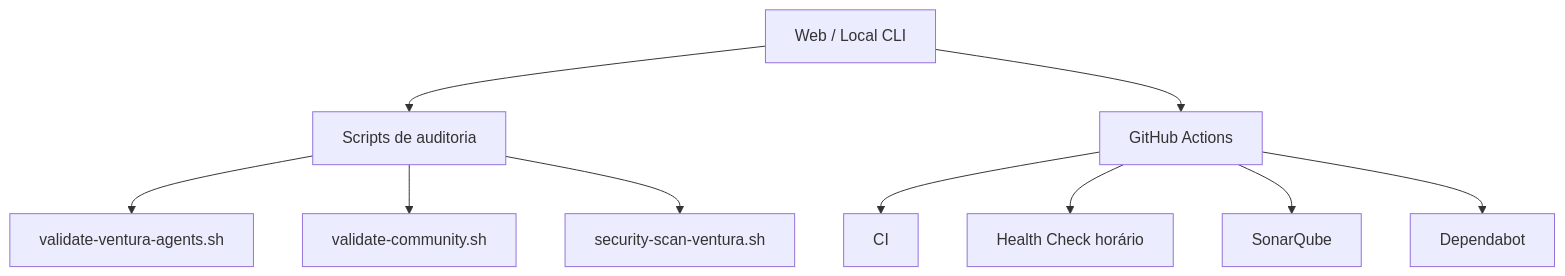
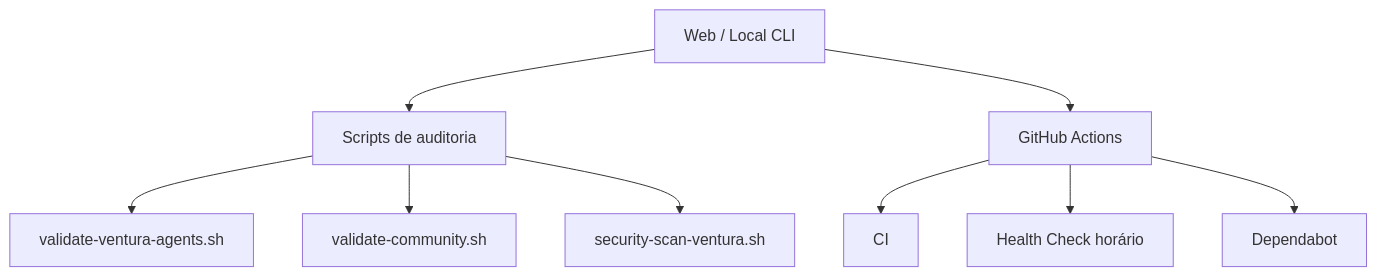
Before and after one commit to venturalabs-ai/ventura-agents: the diagram in docs/TEST_ENVIRONMENT.md, drawn with Mermaid. The commit also changed other lines of this file and 2 other files, not shown here.

Commit message:
chore: remove remaining SonarQube references from docs
Clean up final mentions of SonarQube in documentation files.

````diff
--- a/docs/TEST_ENVIRONMENT.md
+++ b/docs/TEST_ENVIRONMENT.md
@@ -5,12 +5,11 @@
 ```mermaid
 graph TD
     A[Web / Local CLI] --> B[Scripts de auditoria]
     A --> C[GitHub Actions]
     B --> D[validate-ventura-agents.sh]
     B --> E[validate-community.sh]
     B --> F[security-scan-ventura.sh]
     C --> G[CI]
     C --> H[Health Check horário]
-    C --> I[SonarQube]
     C --> J[Dependabot]
 ```
````
